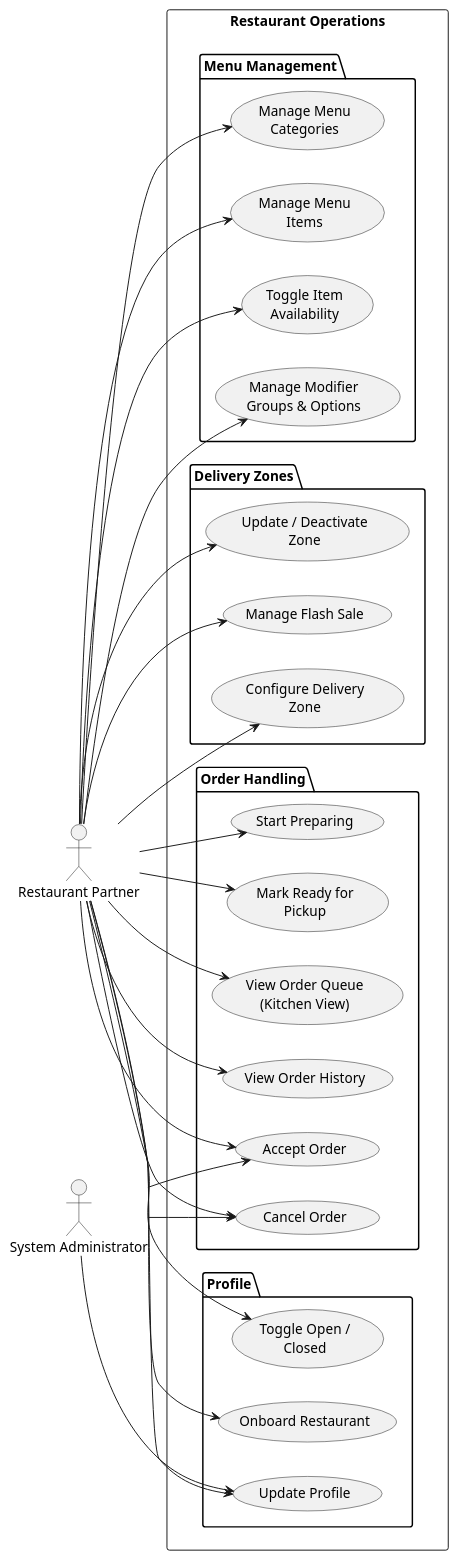
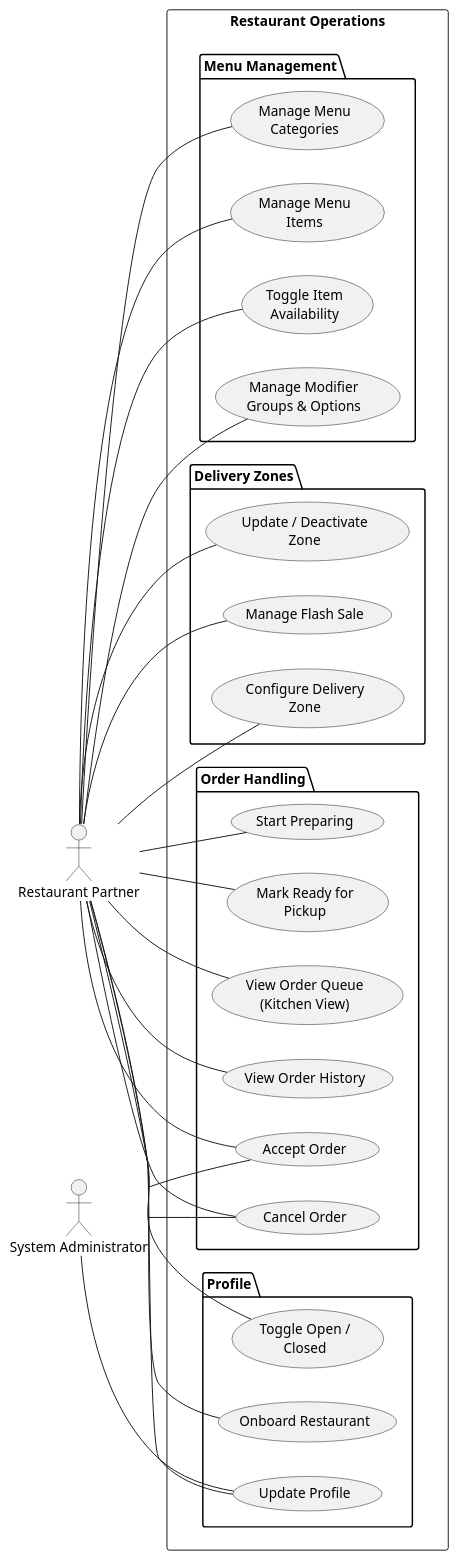
One commit to luubinhdeptrai/Food_Delivery changed the seventh of 13 diagrams in apps/api/docs/Final_Documents/USE_CASE_SPECIFICATION.md. Above: the diagram before and after it, drawn with PlantUML. The commit also changed other lines of this file, not shown here.

````diff
--- a/apps/api/docs/Final_Documents/USE_CASE_SPECIFICATION.md
+++ b/apps/api/docs/Final_Documents/USE_CASE_SPECIFICATION.md
@@ -421,61 +421,61 @@
 ```plantuml
 @startuml RestaurantOpsDiagram
 left to right direction
 skinparam shadowing false
 
 actor "Restaurant Partner" as Restaurant
 actor "System Administrator" as Admin
 
 rectangle "Restaurant Operations" {
   package "Profile" {
     usecase "Onboard Restaurant" as UC_REST_01
     usecase "Update Profile" as UC_REST_02
     usecase "Toggle Open /\nClosed" as UC_REST_03
   }
 
   package "Order Handling" {
     usecase "View Order Queue\n(Kitchen View)" as UC_REST_04
     usecase "View Order History" as UC_REST_05
     usecase "Accept Order" as UC_REST_06
     usecase "Start Preparing" as UC_REST_07
     usecase "Mark Ready for\nPickup" as UC_REST_08
     usecase "Cancel Order" as UC_REST_09
   }
 
   package "Menu Management" {
     usecase "Manage Menu\nCategories" as UC_REST_10_11
     usecase "Manage Menu\nItems" as UC_REST_12_15
     usecase "Toggle Item\nAvailability" as UC_REST_14
     usecase "Manage Modifier\nGroups & Options" as UC_REST_16_18
   }
 
   package "Delivery Zones" {
     usecase "Configure Delivery\nZone" as UC_REST_19
     usecase "Update / Deactivate\nZone" as UC_REST_20
     usecase "Manage Flash Sale" as UC_REST_22
   }
 }
 
-Restaurant --> UC_REST_01
-Restaurant --> UC_REST_02
-Restaurant --> UC_REST_03
-Restaurant --> UC_REST_04
-Restaurant --> UC_REST_05
-Restaurant --> UC_REST_06
-Restaurant --> UC_REST_07
-Restaurant --> UC_REST_08
-Restaurant --> UC_REST_09
-Restaurant --> UC_REST_10_11
-Restaurant --> UC_REST_12_15
-Restaurant --> UC_REST_14
-Restaurant --> UC_REST_16_18
-Restaurant --> UC_REST_19
-Restaurant --> UC_REST_20
-Restaurant --> UC_REST_22
+Restaurant -- UC_REST_01
+Restaurant -- UC_REST_02
+Restaurant -- UC_REST_03
+Restaurant -- UC_REST_04
+Restaurant -- UC_REST_05
+Restaurant -- UC_REST_06
+Restaurant -- UC_REST_07
+Restaurant -- UC_REST_08
+Restaurant -- UC_REST_09
+Restaurant -- UC_REST_10_11
+Restaurant -- UC_REST_12_15
+Restaurant -- UC_REST_14
+Restaurant -- UC_REST_16_18
+Restaurant -- UC_REST_19
+Restaurant -- UC_REST_20
+Restaurant -- UC_REST_22
 
-Admin --> UC_REST_02
-Admin --> UC_REST_06
-Admin --> UC_REST_09
+Admin -- UC_REST_02
+Admin -- UC_REST_06
+Admin -- UC_REST_09
 
 @enduml
 ```
````
